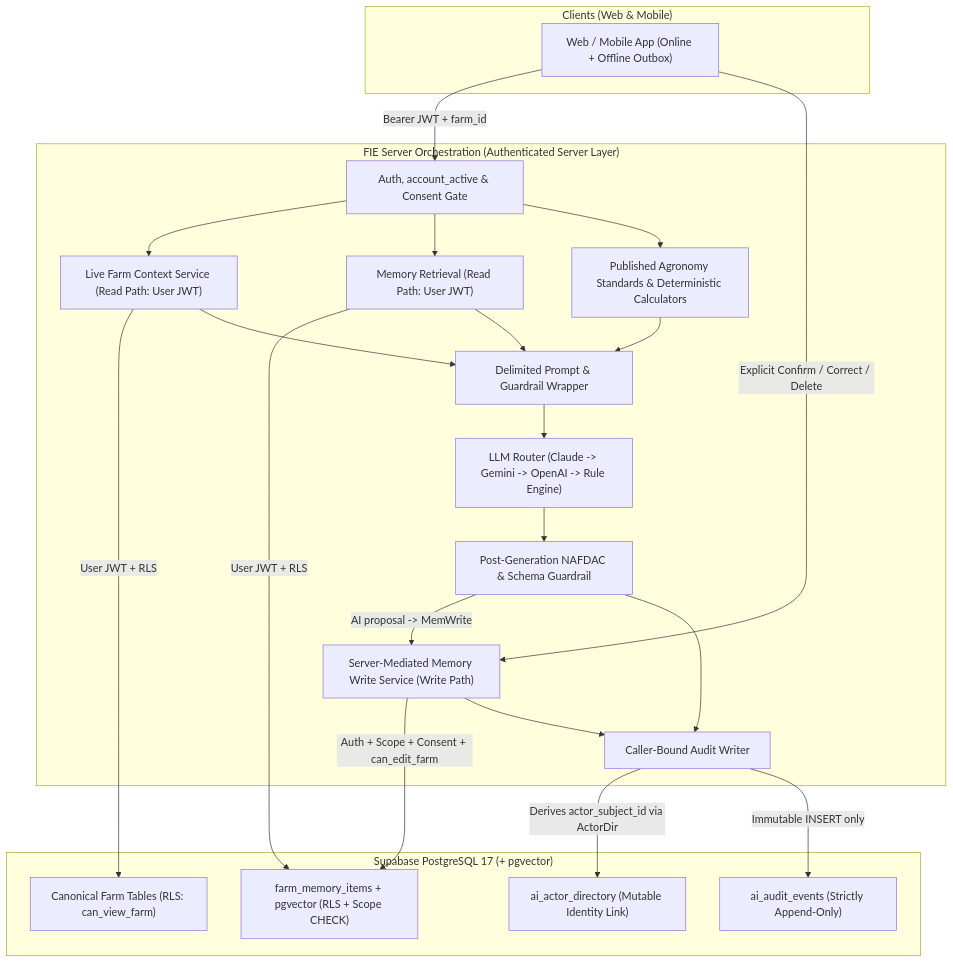
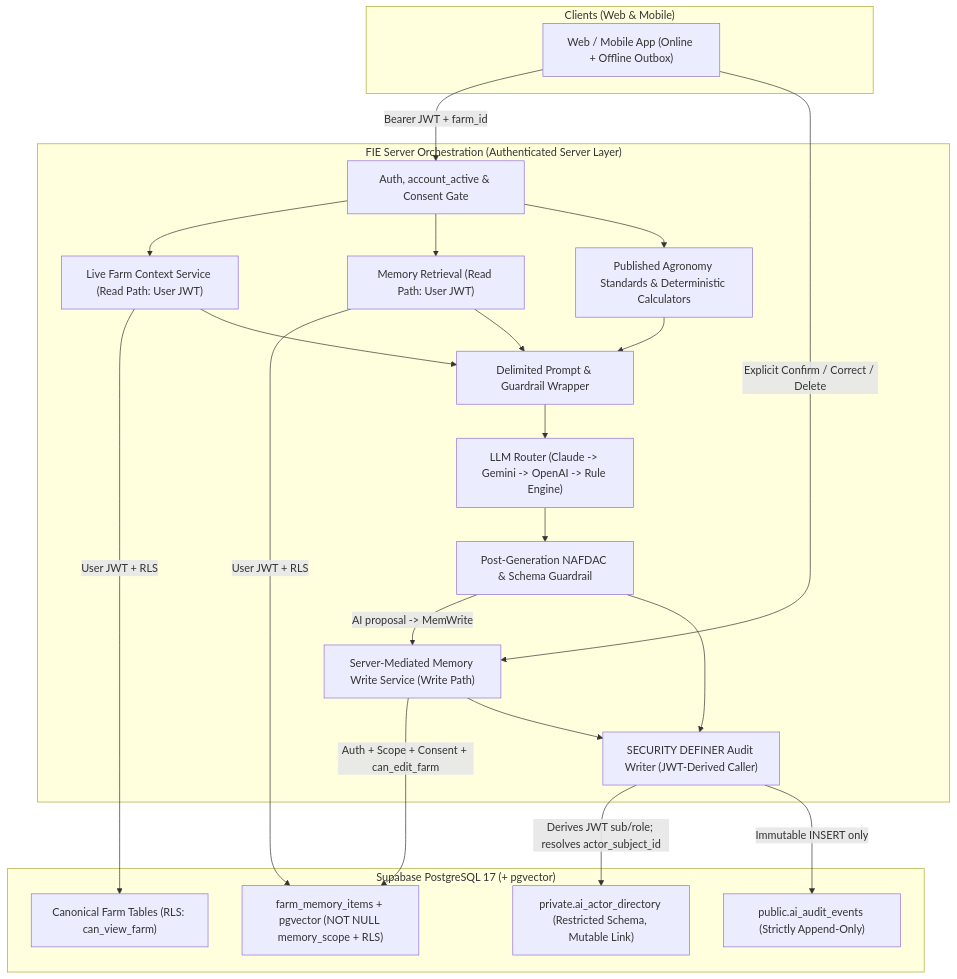
Before and after one commit to farmconnect-ux/cultivanode: the first of 4 diagrams in docs/architecture/batch-03/BATCH_03_0_TARGET_ARCHITECTURE.md, drawn with Mermaid. The commit also changed other lines of this file and 7 other files, not shown here.

Commit message:
docs(architecture): tighten Batch 03.0 identity and memory controls

````diff
--- a/docs/architecture/batch-03/BATCH_03_0_TARGET_ARCHITECTURE.md
+++ b/docs/architecture/batch-03/BATCH_03_0_TARGET_ARCHITECTURE.md
@@ -12,44 +12,44 @@
 ```mermaid
 flowchart TB
   subgraph Clients["Clients (Web & Mobile)"]
     UI["Web / Mobile App (Online + Offline Outbox)"]
   end
 
   subgraph EdgeOrch["FIE Server Orchestration (Authenticated Server Layer)"]
     AuthGate["Auth, account_active & Consent Gate"]
     CtxSvc["Live Farm Context Service (Read Path: User JWT)"]
     MemRead["Memory Retrieval (Read Path: User JWT)"]
     MemWrite["Server-Mediated Memory Write Service (Write Path)"]
     AgronRAG["Published Agronomy Standards & Deterministic Calculators"]
     PromptAsm["Delimited Prompt & Guardrail Wrapper"]
     LLMRouter["LLM Router (Claude -> Gemini -> OpenAI -> Rule Engine)"]
     SafetyChk["Post-Generation NAFDAC & Schema Guardrail"]
-    AuditWriter["Caller-Bound Audit Writer"]
+    AuditWriter["SECURITY DEFINER Audit Writer (JWT-Derived Caller)"]
   end
 
   subgraph Supabase["Supabase PostgreSQL 17 (+ pgvector)"]
     FarmDB["Canonical Farm Tables (RLS: can_view_farm)"]
-    MemDB["farm_memory_items + pgvector (RLS + Scope CHECK)"]
-    ActorDir["ai_actor_directory (Mutable Identity Link)"]
-    AuditDB["ai_audit_events (Strictly Append-Only)"]
+    MemDB["farm_memory_items + pgvector (NOT NULL memory_scope + RLS)"]
+    ActorDir["private.ai_actor_directory (Restricted Schema, Mutable Link)"]
+    AuditDB["public.ai_audit_events (Strictly Append-Only)"]
   end
 
   UI -->|"Bearer JWT + farm_id"| AuthGate
   AuthGate --> CtxSvc
   AuthGate --> MemRead
   CtxSvc -->|"User JWT + RLS"| FarmDB
   MemRead -->|"User JWT + RLS"| MemDB
   AuthGate --> AgronRAG
   CtxSvc --> PromptAsm
   MemRead --> PromptAsm
   AgronRAG --> PromptAsm
   PromptAsm --> LLMRouter
   LLMRouter --> SafetyChk
   SafetyChk -->|"AI proposal -> MemWrite"| MemWrite
   UI -->|"Explicit Confirm / Correct / Delete"| MemWrite
   MemWrite -->|"Auth + Scope + Consent + can_edit_farm"| MemDB
   SafetyChk --> AuditWriter
   MemWrite --> AuditWriter
-  AuditWriter -->|"Derives actor_subject_id via ActorDir"| ActorDir
+  AuditWriter -->|"Derives JWT sub/role; resolves actor_subject_id"| ActorDir
   AuditWriter -->|"Immutable INSERT only"| AuditDB
 ```
````
